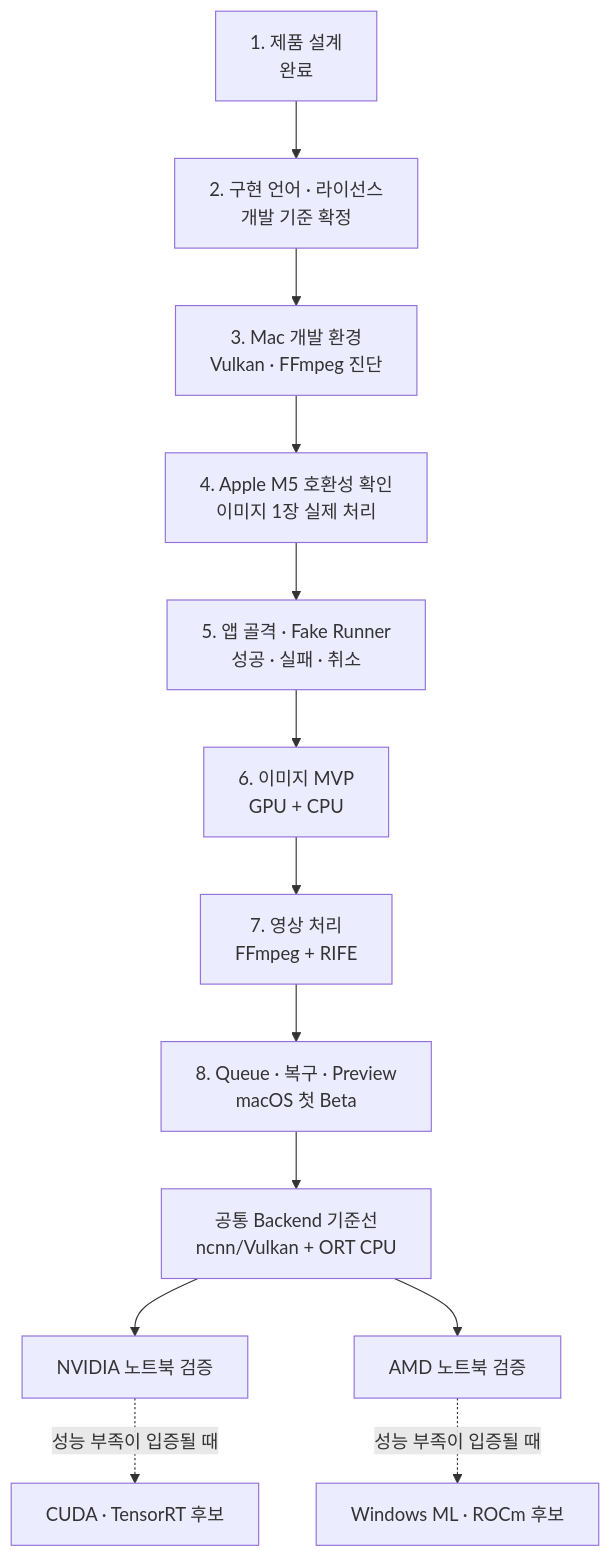
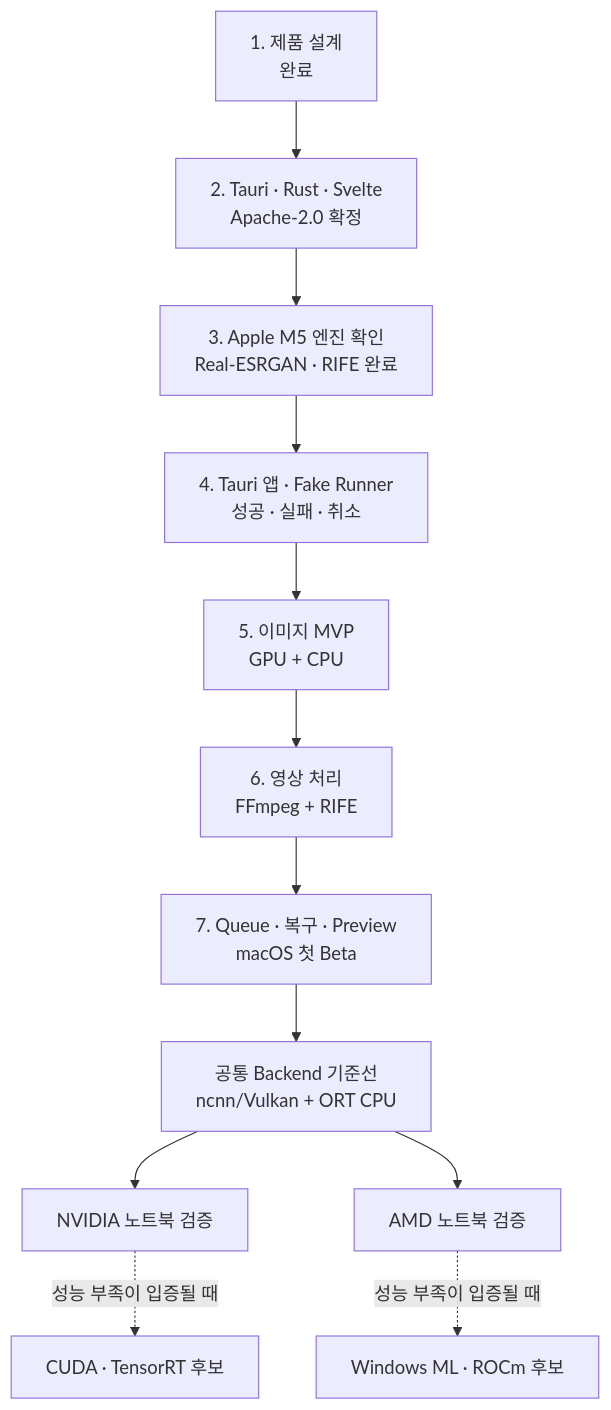
Before and after one commit to zooslab/zoos-upscale: the third of 3 diagrams in README.md, drawn with Mermaid. The commit also changed other lines of this file and 1 other file, not shown here.

Commit message:
docs: Tauri Rust 설계 기준 반영

````diff
--- a/README.md
+++ b/README.md
@@ -70,16 +84,15 @@
 ```mermaid
 flowchart TB
-    A["1. 제품 설계<br/>완료"] --> B["2. 구현 언어 · 라이선스<br/>개발 기준 확정"]
-    B --> C["3. Mac 개발 환경<br/>Vulkan · FFmpeg 진단"]
-    C --> D["4. Apple M5 호환성 확인<br/>이미지 1장 실제 처리"]
-    D --> E["5. 앱 골격 · Fake Runner<br/>성공 · 실패 · 취소"]
-    E --> F["6. 이미지 MVP<br/>GPU + CPU"]
-    F --> G["7. 영상 처리<br/>FFmpeg + RIFE"]
-    G --> H["8. Queue · 복구 · Preview<br/>macOS 첫 Beta"]
+    A["1. 제품 설계<br/>완료"] --> B["2. Tauri · Rust · Svelte<br/>Apache-2.0 확정"]
+    B --> C["3. Apple M5 엔진 확인<br/>Real-ESRGAN · RIFE 완료"]
+    C --> D["4. Tauri 앱 · Fake Runner<br/>성공 · 실패 · 취소"]
+    D --> E["5. 이미지 MVP<br/>GPU + CPU"]
+    E --> F["6. 영상 처리<br/>FFmpeg + RIFE"]
+    F --> G["7. Queue · 복구 · Preview<br/>macOS 첫 Beta"]
 
-    H --> I["공통 Backend 기준선<br/>ncnn/Vulkan + ORT CPU"]
+    G --> I["공통 Backend 기준선<br/>ncnn/Vulkan + ORT CPU"]
     I --> N["NVIDIA 노트북 검증"]
     I --> M["AMD 노트북 검증"]
     N -. 성능 부족이 입증될 때 .-> NV["CUDA · TensorRT 후보"]
     M -. 성능 부족이 입증될 때 .-> AM["Windows ML · ROCm 후보"]
 ```
````
